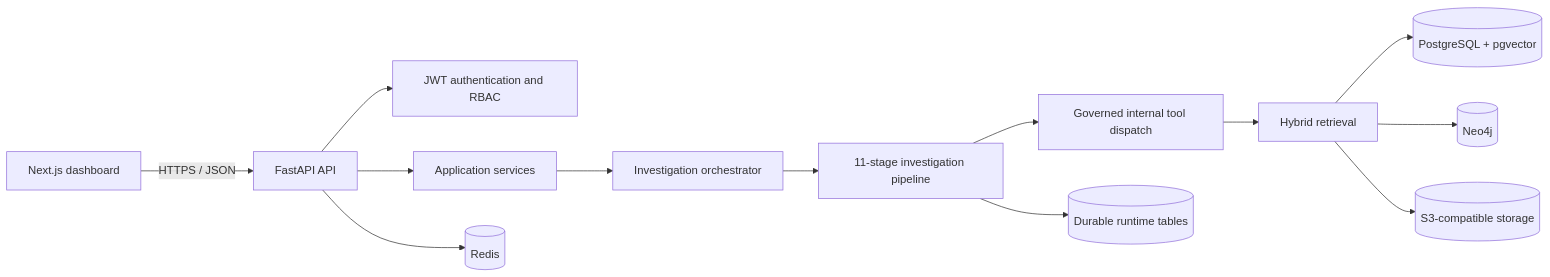
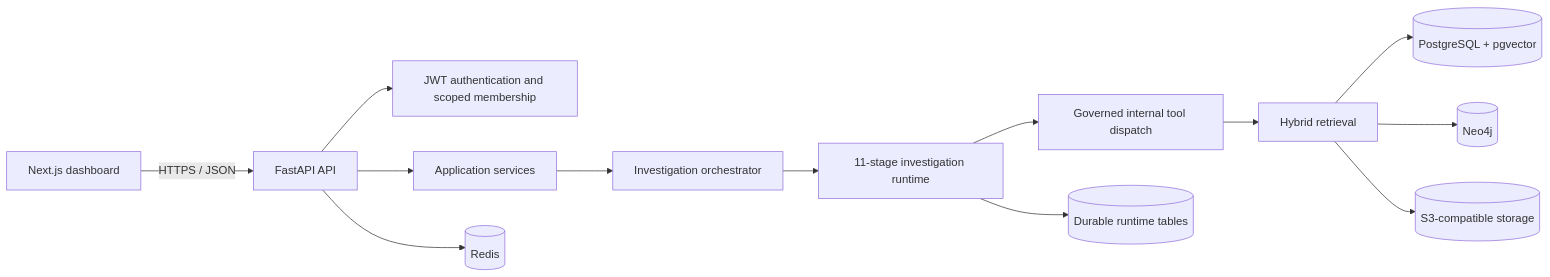
The first of 2 diagrams in README.md (Dhruvg334/Mnemos), drawn with Mermaid before and after one commit. The commit also changed other lines of this file and 37 other files, not shown here.

Commit message:
docs: restructure engineering guidance and modernize graph workspace

````diff
--- a/README.md
+++ b/README.md
@@ -55,15 +55,15 @@
 ```mermaid
 flowchart LR
     UI[Next.js dashboard] -->|HTTPS / JSON| API[FastAPI API]
-    API --> AUTH[JWT authentication and RBAC]
+    API --> AUTH[JWT authentication and scoped membership]
     API --> APP[Application services]
     APP --> ORCH[Investigation orchestrator]
-    ORCH --> PIPE[11-stage investigation pipeline]
+    ORCH --> PIPE[11-stage investigation runtime]
     PIPE --> TOOLS[Governed internal tool dispatch]
     TOOLS --> RET[Hybrid retrieval]
     RET --> PG[(PostgreSQL + pgvector)]
     RET --> NEO[(Neo4j)]
     RET --> OBJ[(S3-compatible storage)]
     API --> REDIS[(Redis)]
     PIPE --> RUNTIME[(Durable runtime tables)]
 ```
````
